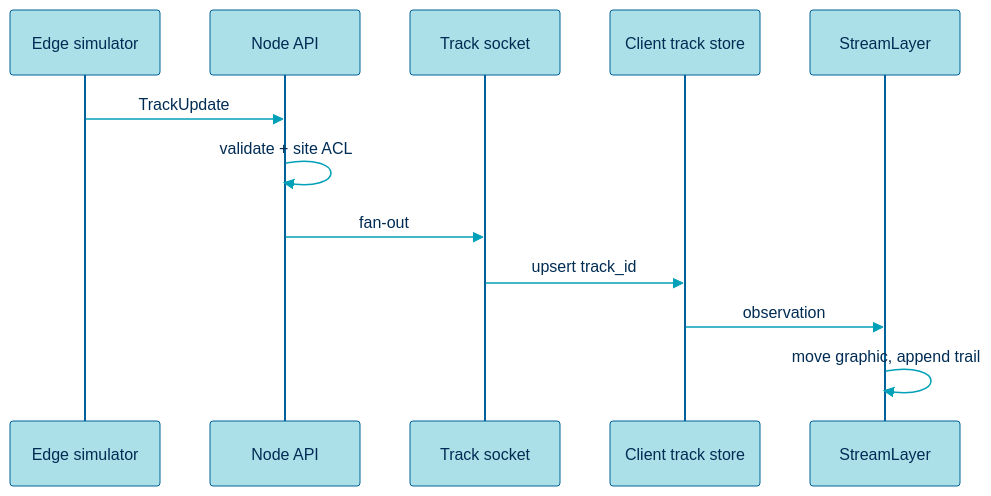
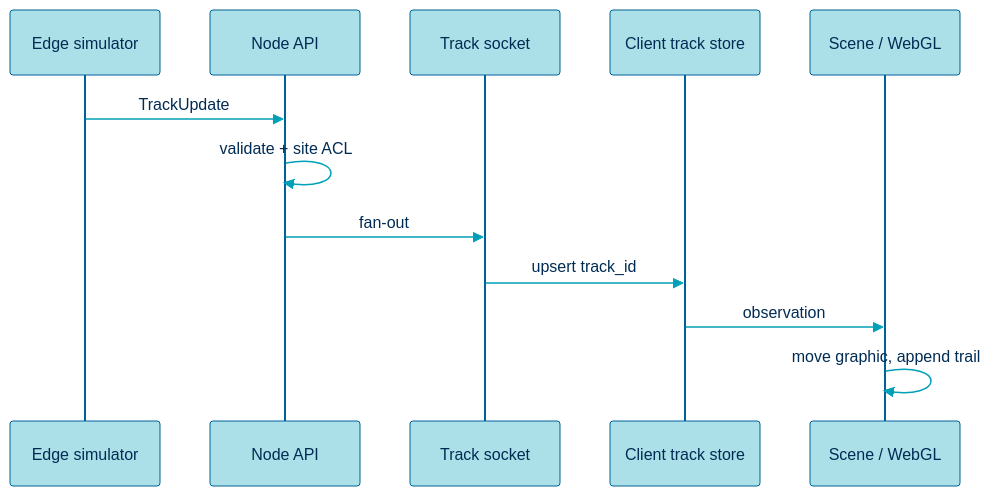
Before and after one commit to aurelius-in/harborwatch-3d: the diagram in docs/architecture/data-flow.md, drawn with Mermaid. The commit also changed other lines of this file and 55 other files, not shown here.

````diff
--- a/docs/architecture/data-flow.md
+++ b/docs/architecture/data-flow.md
@@ -23,28 +23,28 @@
 ```mermaid
 %%{init: {
   "theme": "base",
   "themeVariables": {
     "primaryColor": "#E8F8F8",
     "primaryTextColor": "#002C54",
     "lineColor": "#00A0B8",
     "actorBkg": "#ACE0E8",
     "actorTextColor": "#002C54",
     "actorBorder": "#006098",
     "signalColor": "#00A0B8",
     "signalTextColor": "#002C54"
   }
 }}%%
 sequenceDiagram
   participant Edge as Edge simulator
   participant API as Node API
   participant WS as Track socket
   participant Store as Client track store
-  participant GIS as StreamLayer
+  participant GIS as Scene / WebGL
 
   Edge->>API: TrackUpdate
   API->>API: validate + site ACL
   API->>WS: fan-out
   WS->>Store: upsert track_id
   Store->>GIS: observation
   GIS->>GIS: move graphic, append trail
 ```
````
